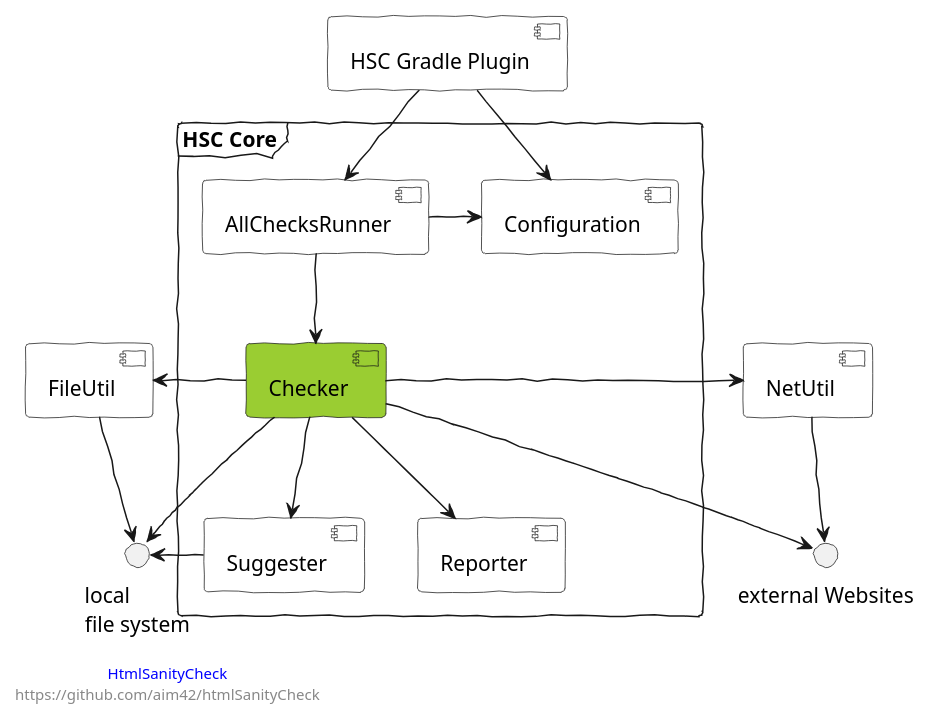
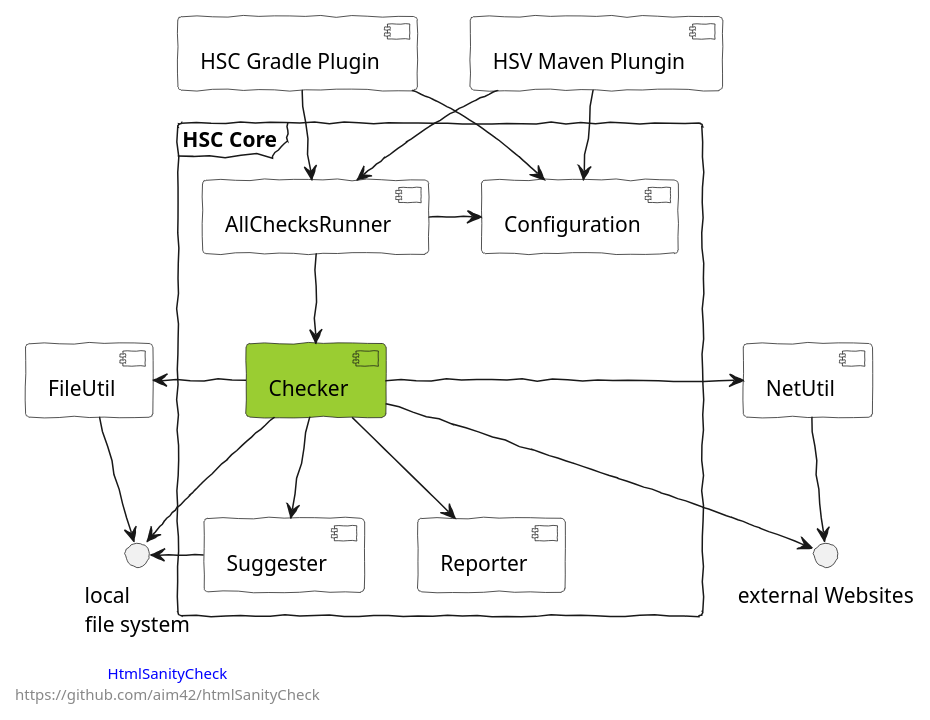
One commit to aim42/htmlSanityCheck changed the diagram in src/docs/plantuml/whitebox-hsc-core-level-2.puml. Above: the diagram before and after it, drawn with PlantUML. The commit also changed 13 other files, not shown here.

```diff
--- a/src/docs/plantuml/whitebox-hsc-core-level-2.puml
+++ b/src/docs/plantuml/whitebox-hsc-core-level-2.puml
@@ -1,53 +1,59 @@
 @startuml
 skinparam componentStyle uml2
 skinparam component {
    backgroundColor<<planned>> Khaki
    backgroundColor White
 }
 
 skinparam handwritten true
 
 left footer
 
 <font color=blue>HtmlSanityCheck</font>
 https://github.com/aim42/htmlSanityCheck
 endfooter
 
 
 interface "local\nfile system" as files
 [FileUtil]  as futil
 [NetUtil]   as netutil
 
 interface "external Websites" as web
 
 frame "HSC Core" as core {
 
    [Configuration]   as config
    [Reporter]        as reporter
    [Suggester]       as suggester
    [Checker]         as checker #YellowGreen
    [AllChecksRunner] as acr
 
 acr -down-> checker
 acr -right-> config
 
 checker -->reporter
 checker --> suggester
 checker -left-> futil
 checker -> netutil
+checker -down-> files
+checker -down-> web
 
 suggester -left-> files
 
 futil -down-> files
 netutil -down-> web
 
 }
 
 [HSC Gradle Plugin] as gradleplugin
 gradleplugin -down-> config
 gradleplugin -down-> acr
-checker -down-> web
-checker -down-> files
+
+[HSV Maven Plungin] as mavenplugin
+mavenplugin -down-> config
+mavenplugin -down-> acr
+
+
 
 
 @enduml
```
